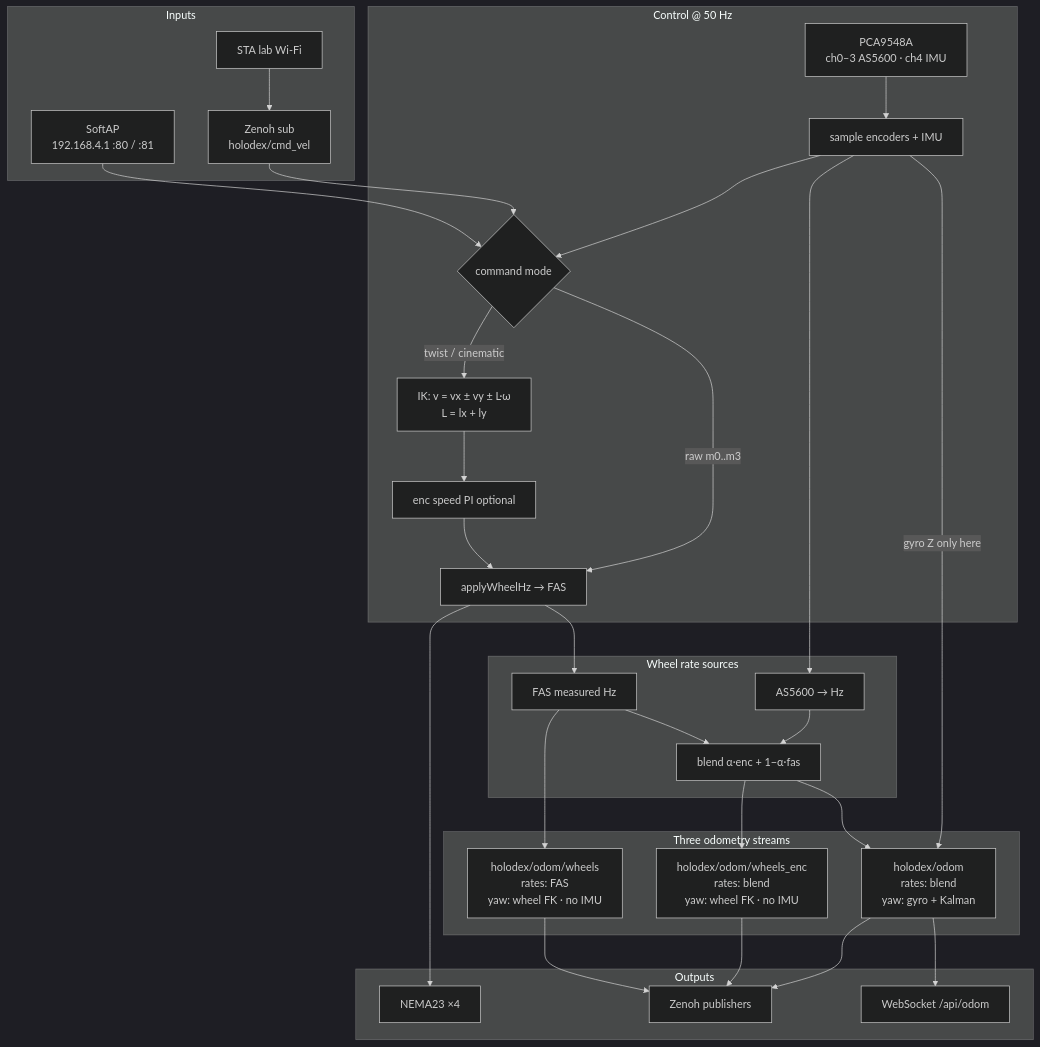
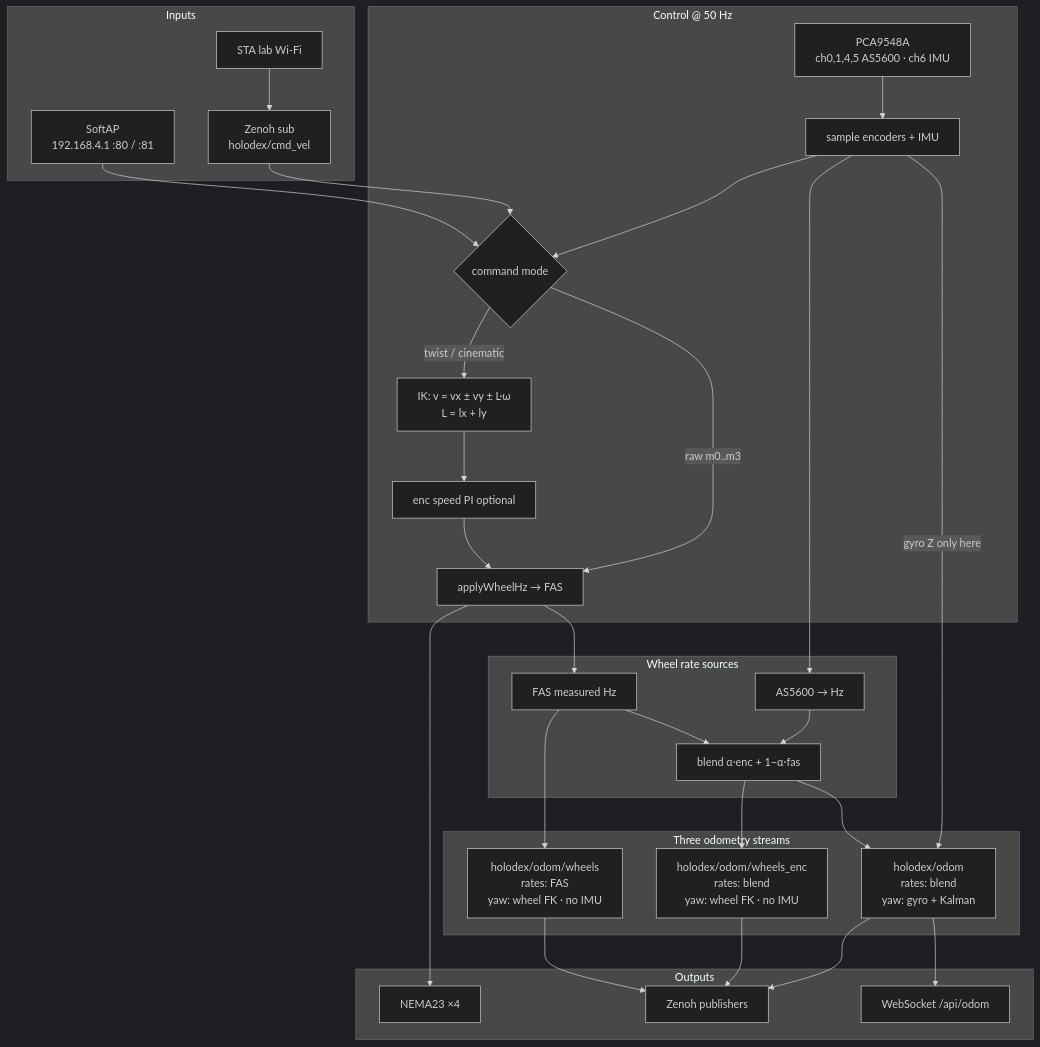
Before and after one commit to verlab/holodex: the second of 3 diagrams in README.md, drawn with Mermaid (dark theme). The commit also changed other lines of this file and 9 other files, not shown here.

````diff
--- a/README.md
+++ b/README.md
@@ -54,54 +54,54 @@
 ```mermaid
 flowchart TB
   subgraph Inputs
     SoftAP["SoftAP\n192.168.4.1 :80 / :81"]
     STA["STA lab Wi‑Fi"]
     Zcmd["Zenoh sub\nholodex/cmd_vel"]
   end
 
   subgraph Tick["Control @ 50 Hz"]
-    MUX["PCA9548A\nch0–3 AS5600 · ch4 IMU"]
+    MUX["PCA9548A\nch0,1,4,5 AS5600 · ch6 IMU"]
     SAMP["sample encoders + IMU"]
     MODE{"command mode"}
     IK["IK: v = vx ± vy ± L·ω\nL = lx + ly"]
     PI["enc speed PI optional"]
     OUT["applyWheelHz → FAS"]
   end
 
   subgraph Rates["Wheel rate sources"]
     FASHz["FAS measured Hz"]
     ENCHz["AS5600 → Hz"]
     BLEND["blend α·enc + 1−α·fas"]
   end
 
   subgraph Odom["Three odometry streams"]
     OW["holodex/odom/wheels\nrates: FAS\nyaw: wheel FK · no IMU"]
     OWE["holodex/odom/wheels_enc\nrates: blend\nyaw: wheel FK · no IMU"]
     OF["holodex/odom\nrates: blend\nyaw: gyro + Kalman"]
   end
 
   subgraph Pub["Outputs"]
     WS["WebSocket /api/odom"]
     ZP["Zenoh publishers"]
     MOT["NEMA23 ×4"]
   end
 
   SoftAP --> MODE
   STA --> Zcmd --> MODE
   MUX --> SAMP
   SAMP --> MODE
   MODE -->|twist / cinematic| IK --> PI --> OUT --> MOT
   MODE -->|raw m0..m3| OUT
   OUT --> FASHz
   SAMP --> ENCHz
   FASHz --> OW
   FASHz --> BLEND
   ENCHz --> BLEND
   BLEND --> OWE
   BLEND --> OF
   SAMP -->|gyro Z only here| OF
   OW --> ZP
   OWE --> ZP
   OF --> ZP
   OF --> WS
 ```
````
